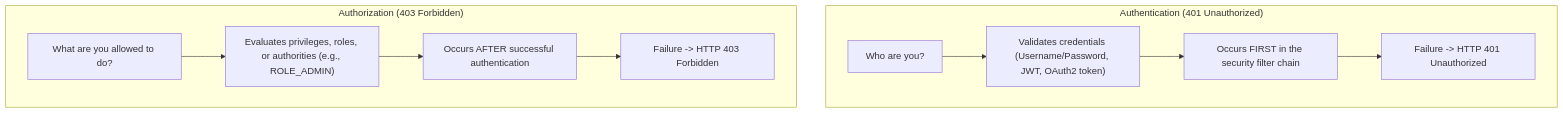
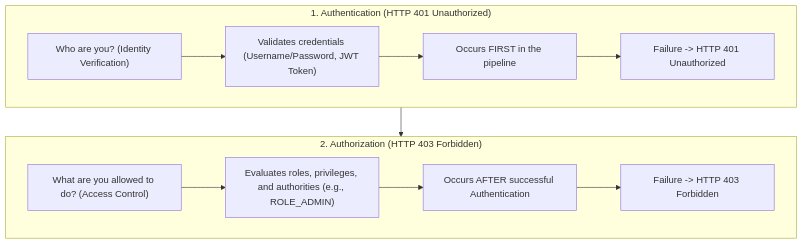
The second of 7 diagrams in 06-Java-and-Spring-Boot/04-Spring-Security-and-Authentication.md (rohithgowda18/Notes), drawn with Mermaid before and after one commit. The commit also changed other lines of this file and 13 other files, not shown here.

Commit message:
docs: upgrade Spring Boot study guides to Spring Boot 3+, Spring 6, Security 6, Jakarta, and add architecture diagrams

````diff
--- a/06-Java-and-Spring-Boot/04-Spring-Security-and-Authentication.md
+++ b/06-Java-and-Spring-Boot/04-Spring-Security-and-Authentication.md
@@ -60,13 +67,14 @@
 ```mermaid
 flowchart TD
-    subgraph AuthN ["Authentication (401 Unauthorized)"]
-        A1["Who are you?"] --> A2["Validates credentials (Username/Password, JWT, OAuth2 token)"]
-        A2 --> A3["Occurs FIRST in the security filter chain"]
+    subgraph AuthN ["1. Authentication (HTTP 401 Unauthorized)"]
+        A1["Who are you? (Identity Verification)"] --> A2["Validates credentials (Username/Password, JWT Token)"]
+        A2 --> A3["Occurs FIRST in the pipeline"]
         A3 --> A4["Failure -> HTTP 401 Unauthorized"]
     end
-    subgraph AuthZ ["Authorization (403 Forbidden)"]
-        B1["What are you allowed to do?"] --> B2["Evaluates privileges, roles, or authorities (e.g., ROLE_ADMIN)"]
-        B2 --> B3["Occurs AFTER successful authentication"]
+    subgraph AuthZ ["2. Authorization (HTTP 403 Forbidden)"]
+        B1["What are you allowed to do? (Access Control)"] --> B2["Evaluates roles, privileges, and authorities (e.g., ROLE_ADMIN)"]
+        B2 --> B3["Occurs AFTER successful Authentication"]
         B3 --> B4["Failure -> HTTP 403 Forbidden"]
     end
+    AuthN --> AuthZ
 ```
````
